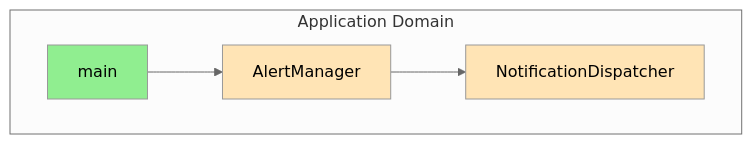
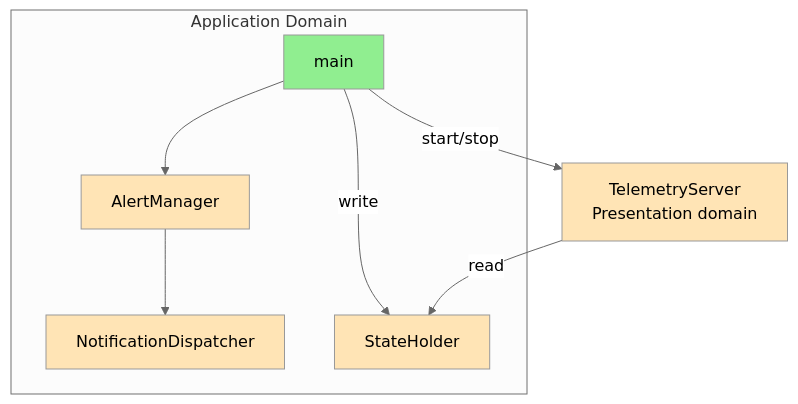
One commit to William12556/solax-modbus changed the second of 4 diagrams in ai/workspace/design/design-bf6d4e5f-domain_application.md. Above: the diagram before and after it, drawn with Mermaid (neutral theme). The commit also changed other lines of this file and 6 other files, not shown here.

````diff
--- a/ai/workspace/design/design-bf6d4e5f-domain_application.md
+++ b/ai/workspace/design/design-bf6d4e5f-domain_application.md
@@ -149,15 +152,23 @@
 ```mermaid
 flowchart TD
     subgraph "Application Domain"
         MAIN[main]
+        STATE[StateHolder]
         ALERT[AlertManager]
         NOTIFY[NotificationDispatcher]
     end
     
+    SERVER[TelemetryServer<br/>Presentation domain]
+    
     MAIN --> ALERT
     ALERT --> NOTIFY
+    MAIN -->|write| STATE
+    MAIN -->|start/stop| SERVER
+    SERVER -->|read| STATE
     
     style MAIN fill:#90EE90
+    style STATE fill:#FFE4B5
     style ALERT fill:#FFE4B5
     style NOTIFY fill:#FFE4B5
+    style SERVER fill:#FFE4B5
 ```
````
